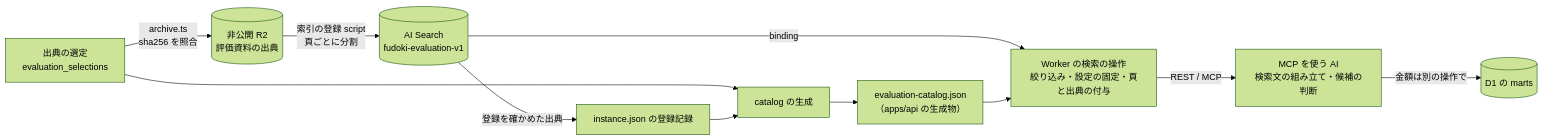
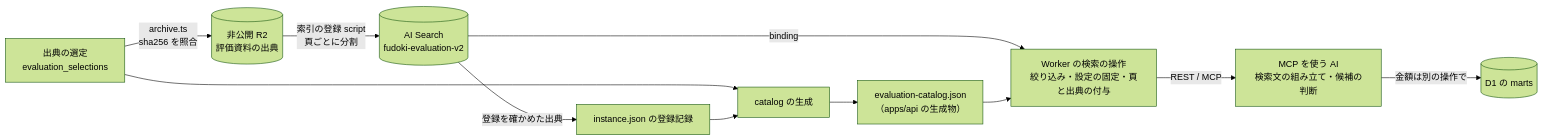
The first of 2 diagrams in docs/prd/evaluation-search/dd.md (fudoki-hensansitu/fudoki), drawn with Mermaid (forest theme) before and after one commit. The commit also changed other lines of this file and 11 other files, not shown here.

First line of the commit message:
fix(evaluation-search): 埋め込みを embeddinggemma-300m にした索引 v2 に移す

````diff
--- a/docs/prd/evaluation-search/dd.md
+++ b/docs/prd/evaluation-search/dd.md
@@ -55,13 +55,13 @@
 ```mermaid
 flowchart LR
   sel["出典の選定<br/>evaluation_selections"] -->|"archive.ts<br/>sha256 を照合"| r2[("非公開 R2<br/>評価資料の出典")]
-  r2 -->|"索引の登録 script<br/>頁ごとに分割"| ais[("AI Search<br/>fudoki-evaluation-v1")]
+  r2 -->|"索引の登録 script<br/>頁ごとに分割"| ais[("AI Search<br/>fudoki-evaluation-v2")]
   ais -->|"登録を確かめた出典"| idx["instance.json の登録記録"]
   sel --> gen["catalog の生成"]
   idx --> gen
   gen --> cat["evaluation-catalog.json<br/>（apps/api の生成物）"]
   ais -->|binding| worker["Worker の検索の操作<br/>絞り込み・設定の固定・頁と出典の付与"]
   cat --> worker
   worker -->|"REST / MCP"| ai["MCP を使う AI<br/>検索文の組み立て・候補の判断"]
   ai -->|"金額は別の操作で"| marts[("D1 の marts")]
 ```
````
